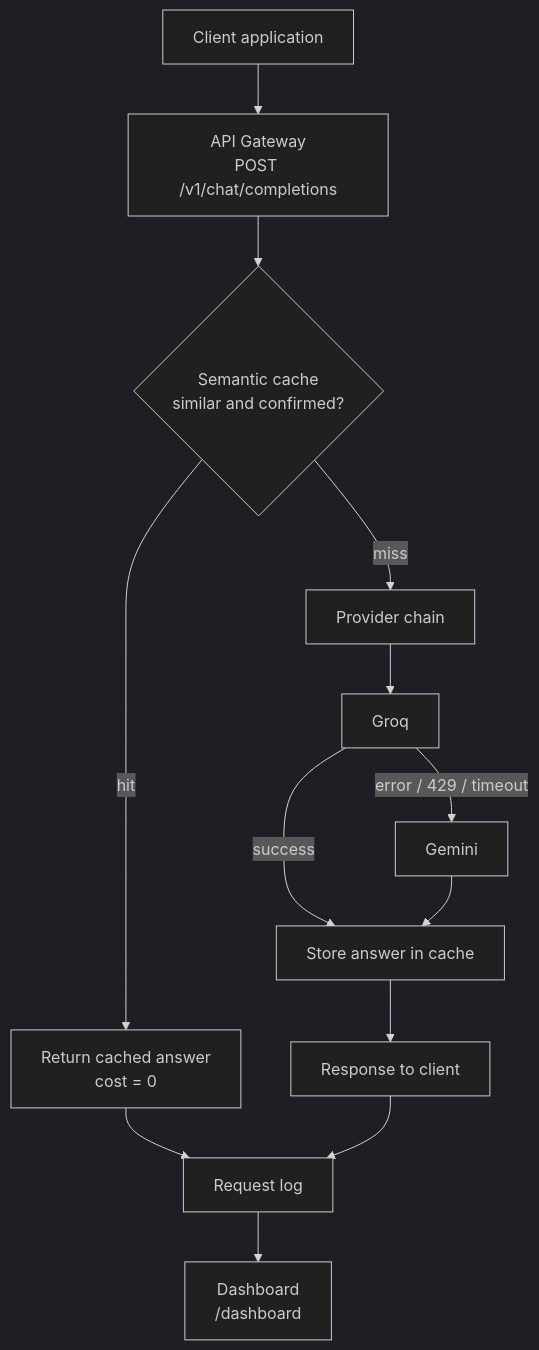
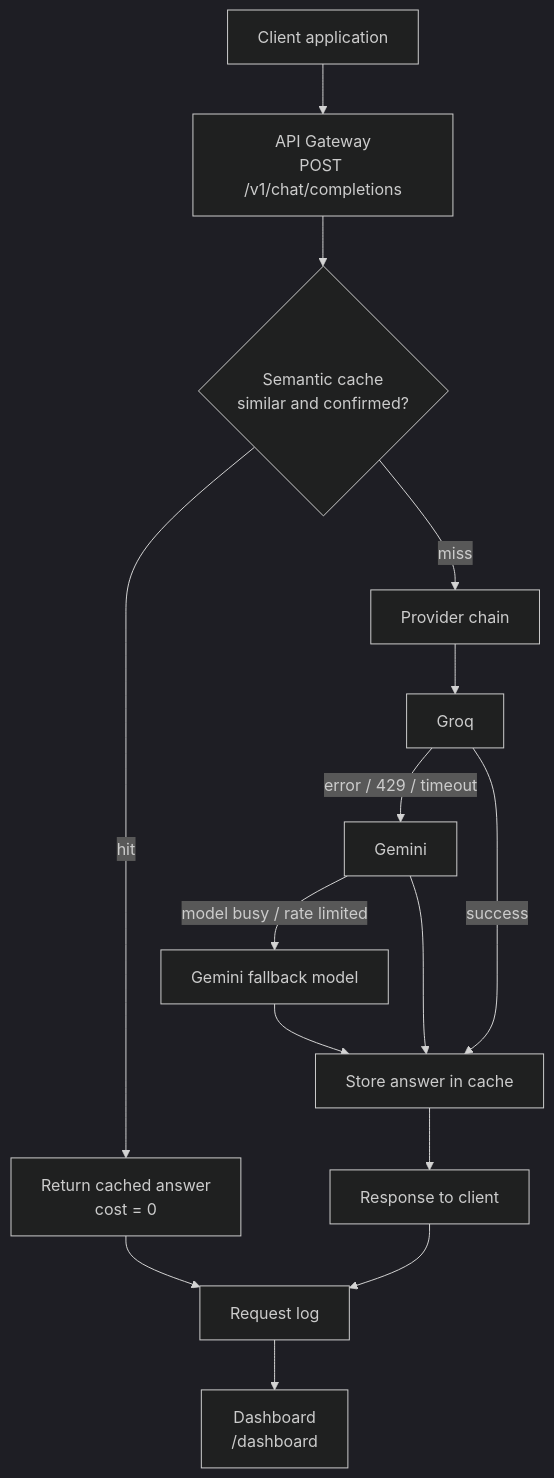
One commit to Asijain019/CortexGate changed the diagram in README.md. Above: the diagram before and after it, drawn with Mermaid (dark theme). The commit also changed other lines of this file and 10 other files, not shown here.

````diff
--- a/README.md
+++ b/README.md
@@ -43,15 +43,17 @@
 ```mermaid
 flowchart TD
     A[Client application] --> B[API Gateway<br/>POST /v1/chat/completions]
     B --> C{Semantic cache<br/>similar and confirmed?}
     C -- hit --> H[Return cached answer<br/>cost = 0]
     C -- miss --> D[Provider chain]
     D --> E[Groq]
     E -- error / 429 / timeout --> F[Gemini]
+    F -- model busy / rate limited --> F2[Gemini fallback model]
+    F2 --> G[Store answer in cache]
     E -- success --> G[Store answer in cache]
     F --> G
     G --> I[Response to client]
     H --> J[Request log]
     I --> J
     J --> K[Dashboard<br/>/dashboard]
 ```
````
